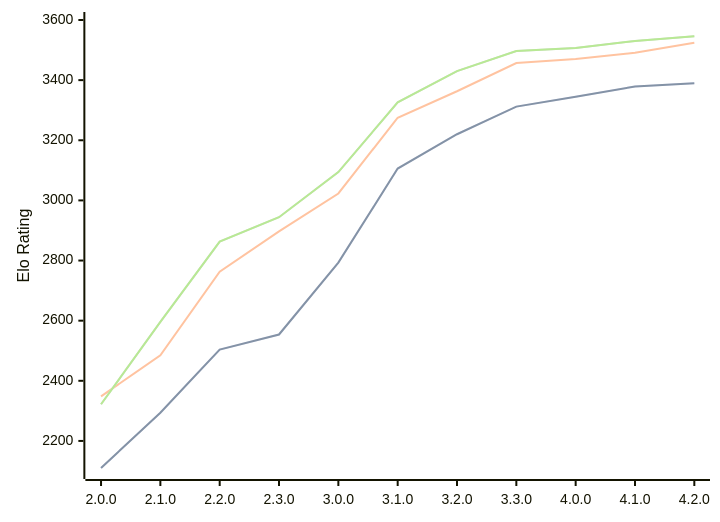
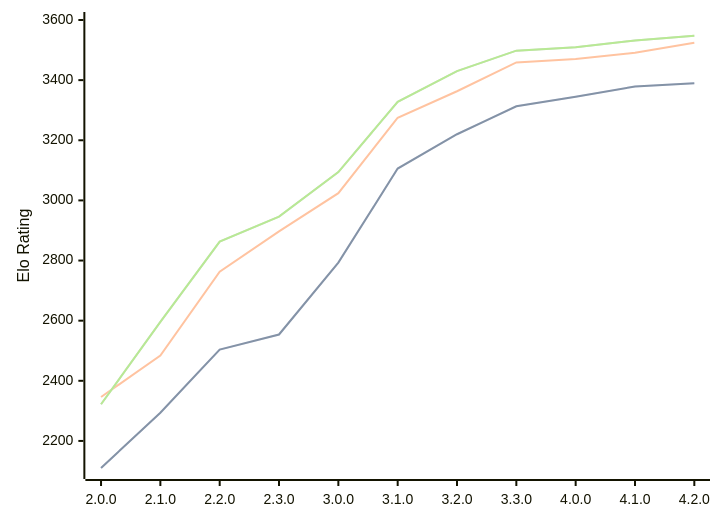
The diagram in engines/Raphael.md (computer-chess-index/cci), drawn with Mermaid before and after one commit. The commit also changed other lines of this file, not shown here.

Commit message:
Update CCI Ratings (ELO VLTC) - 2026-07-29

````diff
--- a/engines/Raphael.md
+++ b/engines/Raphael.md
@@ -53,11 +53,11 @@
 ```mermaid
 %%{init: {"theme":"base","themeVariables":{"seriesColors:['#a3a3a3','#222221','#faa371']}}}%%
 xychart-beta
   x-axis ["2.0.0", "2.1.0", "2.2.0", "2.3.0", "3.0.0", "3.1.0", "3.2.0", "3.3.0", "4.0.0", "4.1.0", "4.2.0"]
   y-axis "Elo Rating" 2100 --> 3600
-  line "STC (8.0+0.08s)" [2110, 2294, 2504, 2554, 2793, 3106, 3220, 3312, 3345, 3379, 3390]
-  line "STC (8.0+0.08s)" [2110, 2294, 2504, 2554, 2793, 3106, 3220, 3312, 3345, 3379, 3390]
-  line "LTC (60.0+0.60s)" [2348, 2485, 2763, 2897, 3023, 3275, 3363, 3457, 3470, 3491, 3524]
-  line "VLTC (2m24s+1.12s)" [2322, 2596, 2863, 2944, 3094, 3326, 3430, 3497, 3507, 3530, 3546]
-  line "VLTC (2m24s+1.12s)" [2322, 2596, 2863, 2944, 3094, 3326, 3430, 3497, 3507, 3530, 3546]
+  line "STC (8.0+0.08s)" [2110, 2294, 2504, 2554, 2793, 3106, 3220, 3313, 3345, 3379, 3390]
+  line "STC (8.0+0.08s)" [2110, 2294, 2504, 2554, 2793, 3106, 3220, 3313, 3345, 3379, 3390]
+  line "LTC (60.0+0.60s)" [2346, 2484, 2763, 2897, 3024, 3275, 3363, 3459, 3470, 3491, 3524]
+  line "VLTC (2m24s+1.12s)" [2322, 2596, 2863, 2946, 3094, 3328, 3430, 3498, 3509, 3532, 3548]
+  line "VLTC (2m24s+1.12s)" [2322, 2596, 2863, 2946, 3094, 3328, 3430, 3498, 3509, 3532, 3548]
 ```
````
